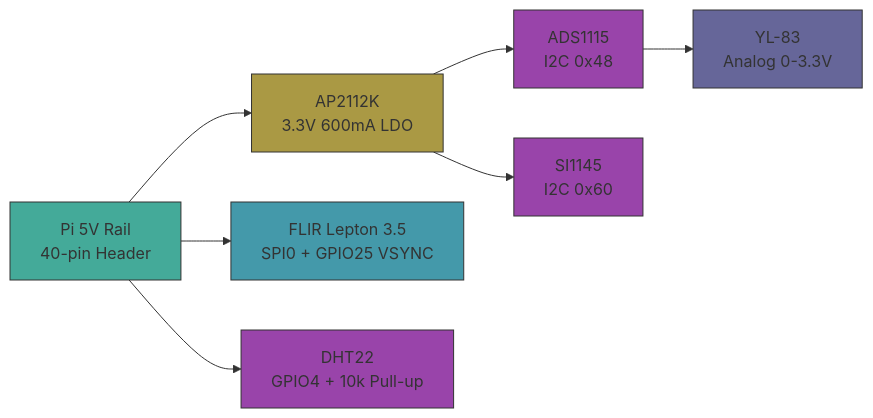
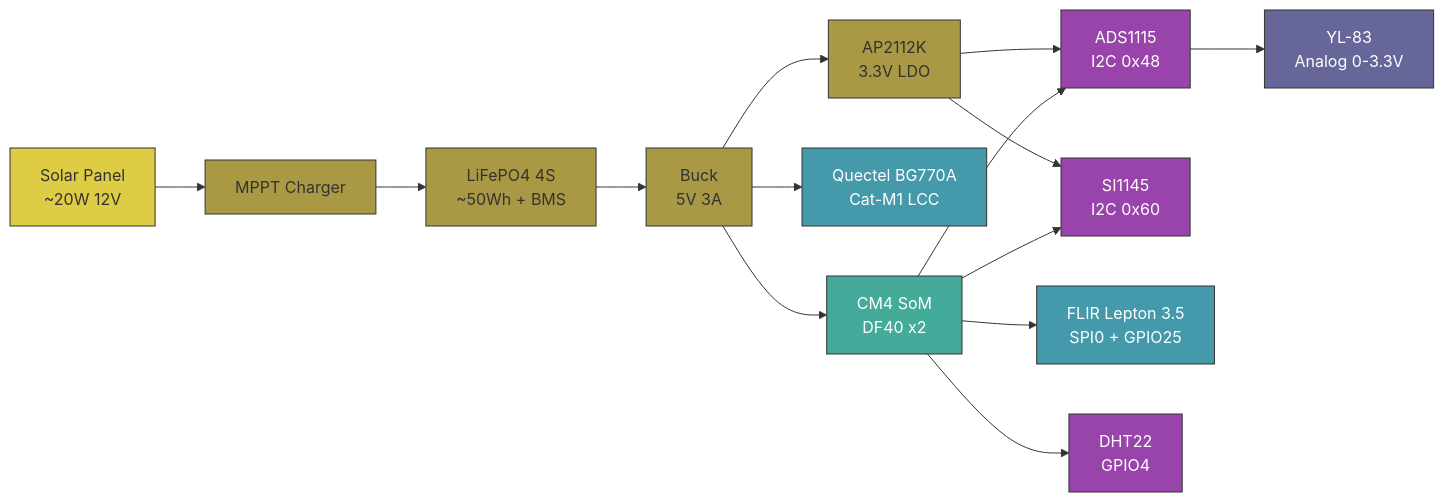
One commit to arcnode-io/ems-line-controller-dlr-pcb changed the second of 3 diagrams in readme.md. Above: the diagram before and after it, drawn with Mermaid. The commit also changed other lines of this file and 81 other files, not shown here.

````diff
--- a/readme.md
+++ b/readme.md
@@ -46,17 +49,29 @@
 ```mermaid
 graph LR
-    PI["Pi 5V Rail<br/>40-pin Header"] --> LDO["AP2112K<br/>3.3V 600mA LDO"]
-    PI --> FLIR["FLIR Lepton 3.5<br/>SPI0 + GPIO25 VSYNC"]
-    PI --> DHT["DHT22<br/>GPIO4 + 10k Pull-up"]
+    SOLAR["Solar Panel<br/>~20W 12V"] --> MPPT["MPPT Charger"]
+    MPPT --> BAT["LiFePO4 4S<br/>~50Wh + BMS"]
+    BAT --> BUCK["Buck<br/>5V 3A"]
+    BUCK --> CM4["CM4 SoM<br/>DF40 x2"]
+    BUCK --> BG["Quectel BG770A<br/>Cat-M1 LCC"]
+    BUCK --> LDO["AP2112K<br/>3.3V LDO"]
     LDO --> ADC["ADS1115<br/>I2C 0x48"]
     LDO --> UV["SI1145<br/>I2C 0x60"]
+    CM4 --> FLIR["FLIR Lepton 3.5<br/>SPI0 + GPIO25"]
+    CM4 --> DHT["DHT22<br/>GPIO4"]
+    CM4 --> ADC
+    CM4 --> UV
     ADC --> RAIN["YL-83<br/>Analog 0-3.3V"]
 
-    style PI fill:#4a9,stroke:#333
+    style SOLAR fill:#dc4,stroke:#333
+    style MPPT fill:#a94,stroke:#333
+    style BAT fill:#a94,stroke:#333
+    style BUCK fill:#a94,stroke:#333
     style LDO fill:#a94,stroke:#333
-    style FLIR fill:#49a,stroke:#333
-    style DHT fill:#94a,stroke:#333
-    style ADC fill:#94a,stroke:#333
-    style UV fill:#94a,stroke:#333
-    style RAIN fill:#669,stroke:#333
+    style CM4 fill:#4a9,stroke:#333,color:#fff
+    style BG fill:#49a,stroke:#333,color:#fff
+    style FLIR fill:#49a,stroke:#333,color:#fff
+    style DHT fill:#94a,stroke:#333,color:#fff
+    style ADC fill:#94a,stroke:#333,color:#fff
+    style UV fill:#94a,stroke:#333,color:#fff
+    style RAIN fill:#669,stroke:#333,color:#fff
 ```
````
